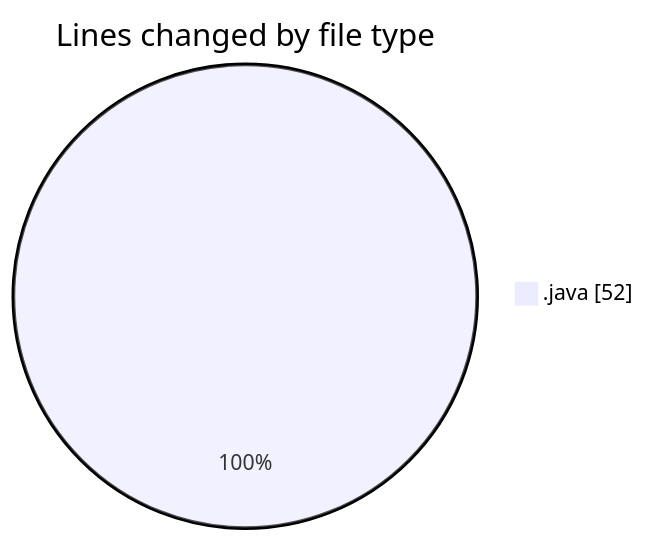
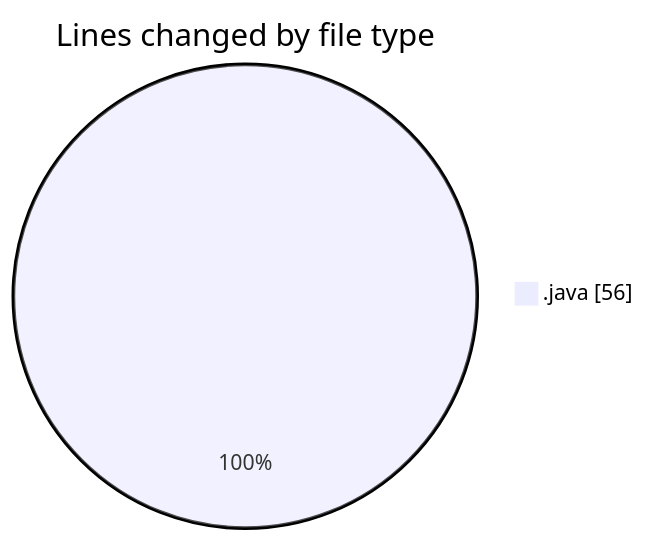
The first of 2 diagrams in 2025-02-20/coding_prac_6/README.md (NitaiMahat/code-tracking), drawn with Mermaid before and after one commit. The commit also changed other lines of this file and 1 other file, not shown here.

````diff
--- a/2025-02-20/coding_prac_6/README.md
+++ b/2025-02-20/coding_prac_6/README.md
@@ -21,5 +22,5 @@
 ```mermaid
 pie showData
 title Lines changed by file type
-".java" : 52
+".java" : 56
 ```
````
